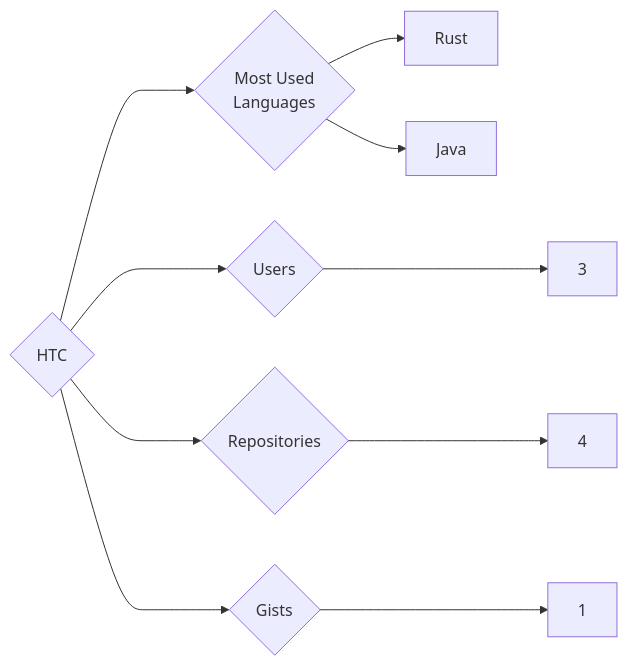
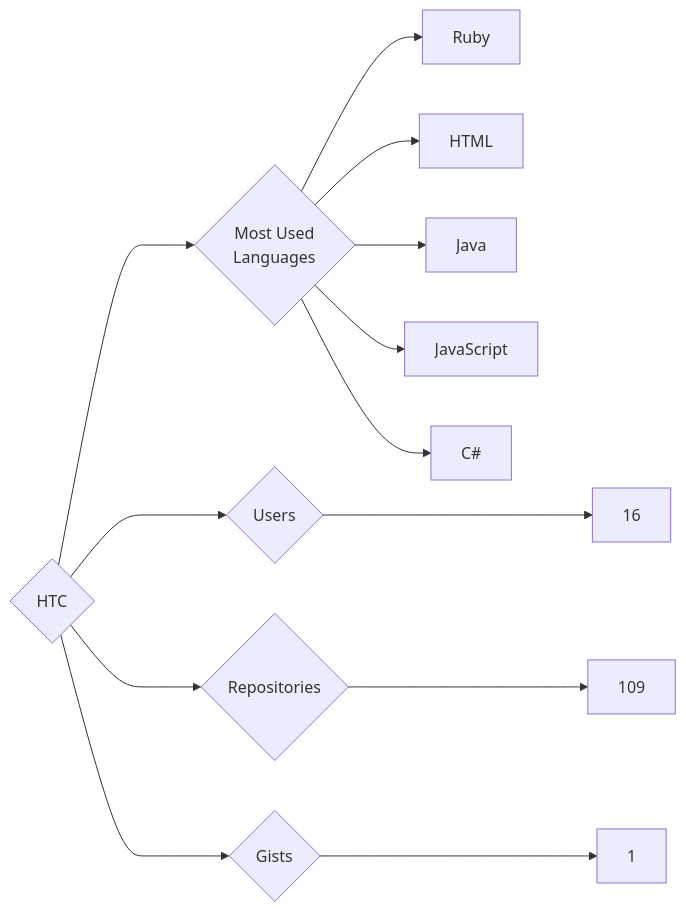
Before and after one commit to trickest/insiders: the diagram in targets/HTC/README.md, drawn with Mermaid. The commit also changed 1314 other files, not shown here.

````diff
--- a/targets/HTC/README.md
+++ b/targets/HTC/README.md
@@ -3,10 +3,13 @@
 ```mermaid
 graph LR
 COMPANY_NAME{HTC}
-COMPANY_NAME ---> U{Users} ---> UN[3]
-COMPANY_NAME ---> R{Repositories} ---> RN[4]
+COMPANY_NAME ---> U{Users} ---> UN[16]
+COMPANY_NAME ---> R{Repositories} ---> RN[109]
 COMPANY_NAME ---> G{Gists} ---> GN[1]
 COMPANY_NAME ---> ML{Most Used<br>Languages}
-ML --> Rust[Rust]
+ML --> Ruby[Ruby]
+ML --> HTML[HTML]
 ML --> Java[Java]
+ML --> JavaScript[JavaScript]
+ML --> C#[C#]
 ```
````
